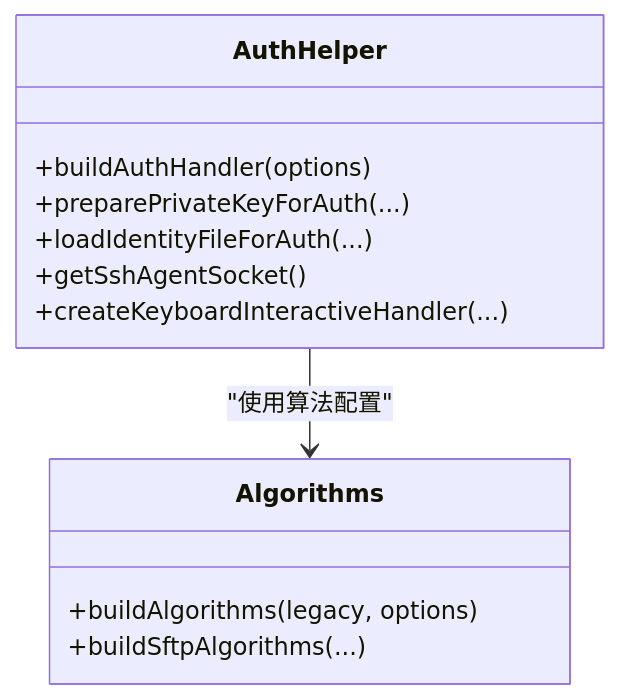
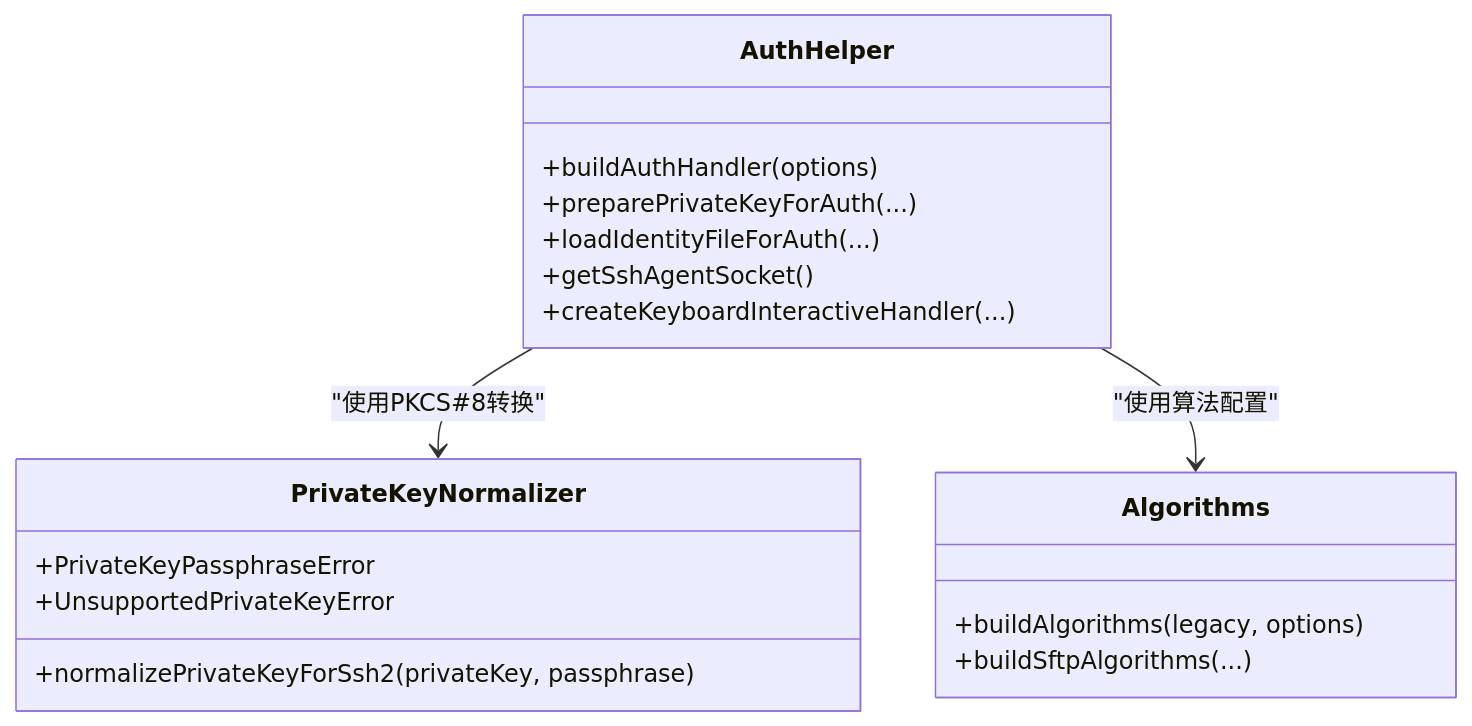
Before and after one commit to szeiyou/Netcatty: the sixth of 8 diagrams in .qoder/repowiki/zh/content/API参考/IPC桥接API/SSH桥接API.md, drawn with Mermaid. The commit also changed other lines of this file and 8 other files, not shown here.

````diff
--- a/.qoder/repowiki/zh/content/API参考/IPC桥接API/SSH桥接API.md
+++ b/.qoder/repowiki/zh/content/API参考/IPC桥接API/SSH桥接API.md
@@ -267,15 +315,21 @@
 ```mermaid
 classDiagram
 class AuthHelper {
 +buildAuthHandler(options)
 +preparePrivateKeyForAuth(...)
 +loadIdentityFileForAuth(...)
 +getSshAgentSocket()
 +createKeyboardInteractiveHandler(...)
 }
+class PrivateKeyNormalizer {
++normalizePrivateKeyForSsh2(privateKey, passphrase)
++PrivateKeyPassphraseError
++UnsupportedPrivateKeyError
+}
 class Algorithms {
 +buildAlgorithms(legacy, options)
 +buildSftpAlgorithms(...)
 }
+AuthHelper --> PrivateKeyNormalizer : "使用PKCS#8转换"
 AuthHelper --> Algorithms : "使用算法配置"
 ```
````
